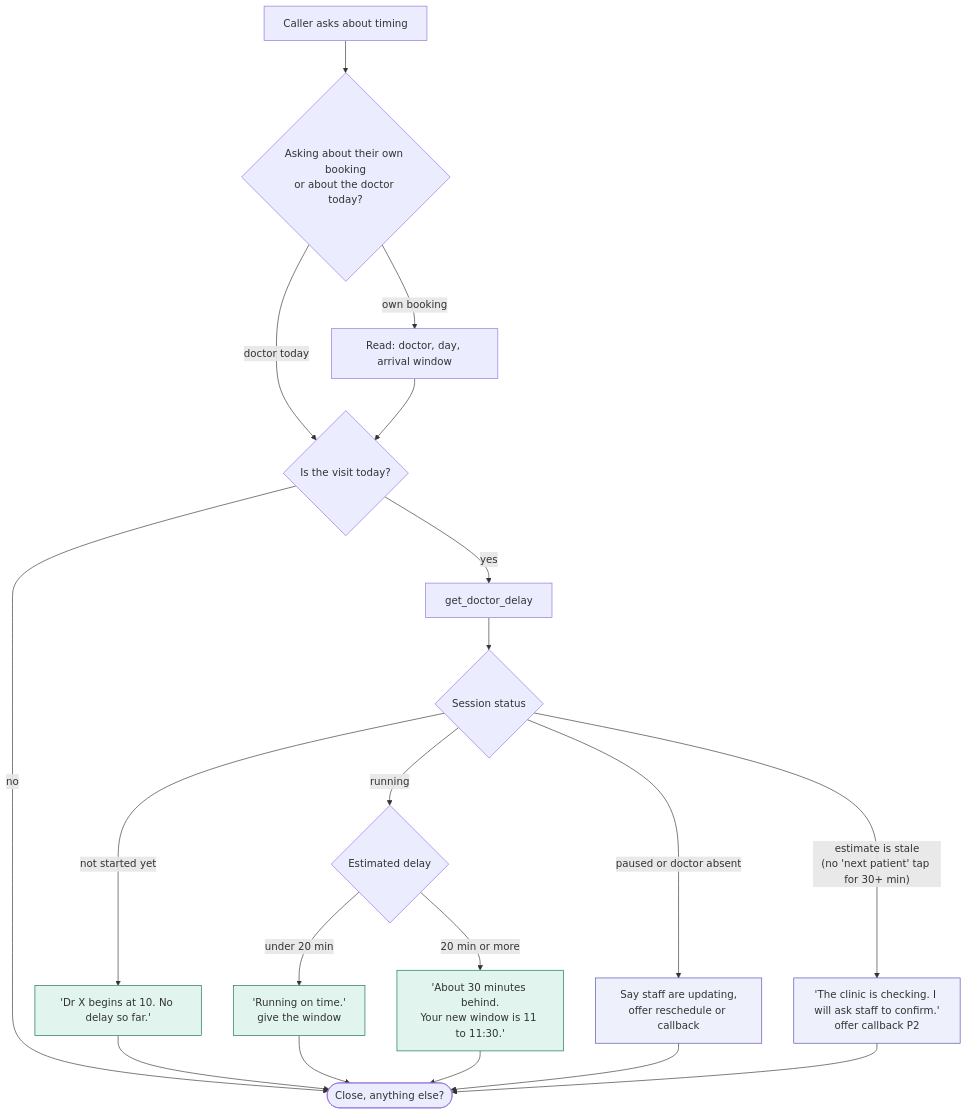
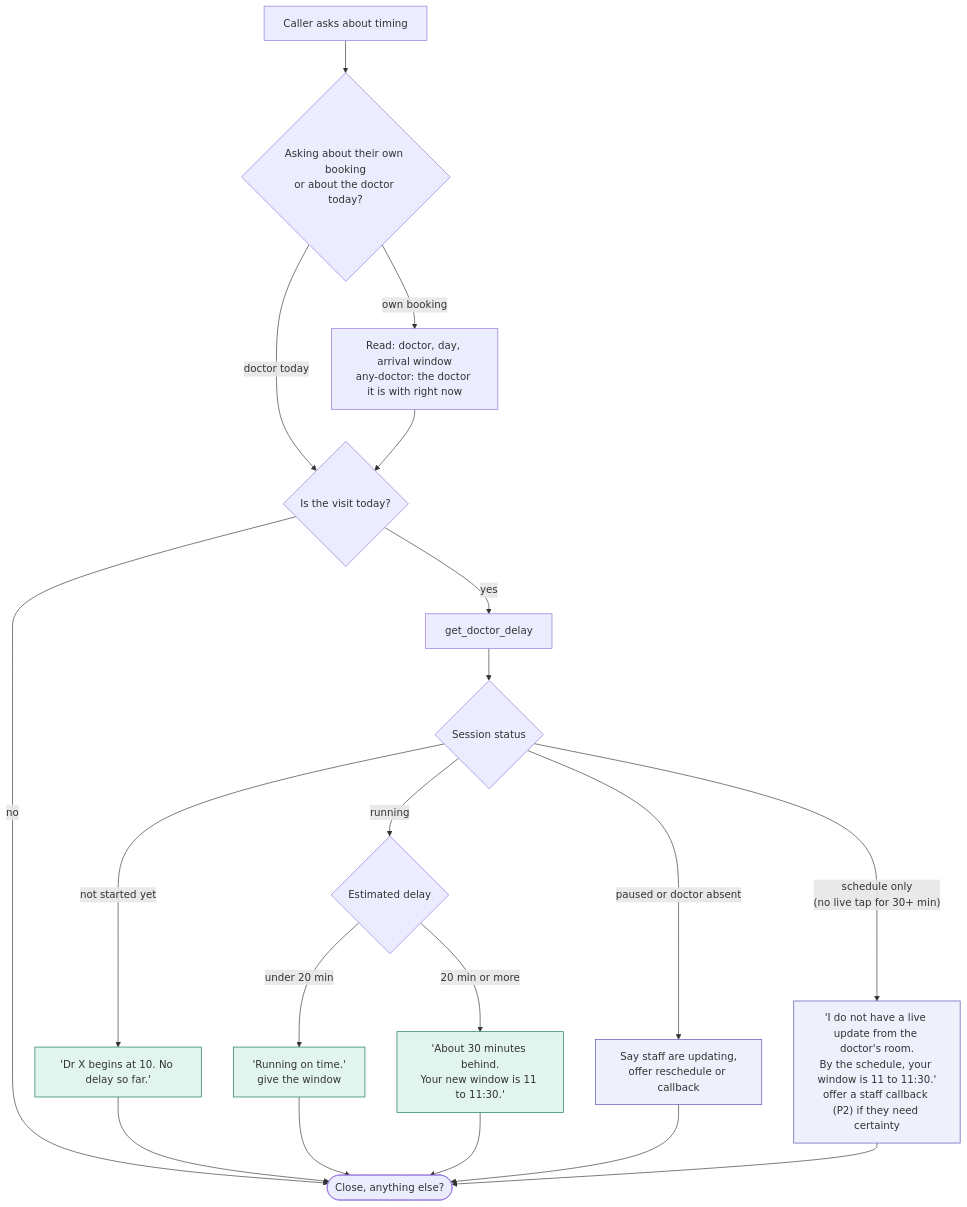
One commit to Anupamgt/tts-agent-1 changed the fourth of 4 diagrams in docs/flows/04-reschedule-cancel-status.md. Above: the diagram before and after it, drawn with Mermaid. The commit also changed other lines of this file and 15 other files, not shown here.

First line of the commit message:
Apply decisions 1, 3, 6, 7, 12, 13 to flows, schema and alignment

````diff
--- a/docs/flows/04-reschedule-cancel-status.md
+++ b/docs/flows/04-reschedule-cancel-status.md
@@ -76,26 +76,26 @@
 ```mermaid
 flowchart TD
     T0["Caller asks about timing"] --> T1{"Asking about their own booking<br/>or about the doctor today?"}
     T1 -->|"doctor today"| T3
-    T1 -->|"own booking"| T2["Read: doctor, day, arrival window"]
+    T1 -->|"own booking"| T2["Read: doctor, day, arrival window<br/>any-doctor: the doctor it is with right now"]
     T2 --> T3{"Is the visit today?"}
     T3 -->|"no"| T9(["Close, anything else?"])
     T3 -->|"yes"| T4["get_doctor_delay"]
     T4 --> T5{"Session status"}
     T5 -->|"not started yet"| T6["'Dr X begins at 10. No delay so far.'"]
     T5 -->|"running"| T7{"Estimated delay"}
     T7 -->|"under 20 min"| T7a["'Running on time.'<br/>give the window"]
     T7 -->|"20 min or more"| T7b["'About 30 minutes behind.<br/>Your new window is 11 to 11:30.'"]
     T5 -->|"paused or doctor absent"| T8["Say staff are updating,<br/>offer reschedule or callback"]
-    T5 -->|"estimate is stale<br/>(no 'next patient' tap for 30+ min)"| T8b["'The clinic is checking. I will ask staff to confirm.'<br/>offer callback P2"]
+    T5 -->|"schedule only<br/>(no live tap for 30+ min)"| T8b["'I do not have a live update from the doctor's room.<br/>By the schedule, your window is 11 to 11:30.'<br/>offer a staff callback (P2) if they need certainty"]
     T6 --> T9
     T7a --> T9
     T7b --> T9
     T8 --> T9
     T8b --> T9
 
     classDef agent fill:#e1f5ee,stroke:#0f6e56;
     classDef human fill:#eef1fb,stroke:#534ab7;
     class T6,T7a,T7b agent;
     class T8,T8b human;
 ```
````
